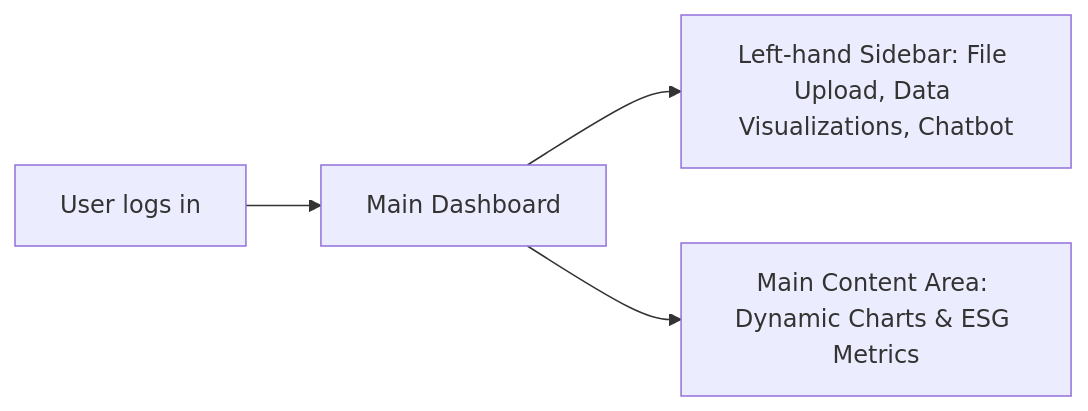
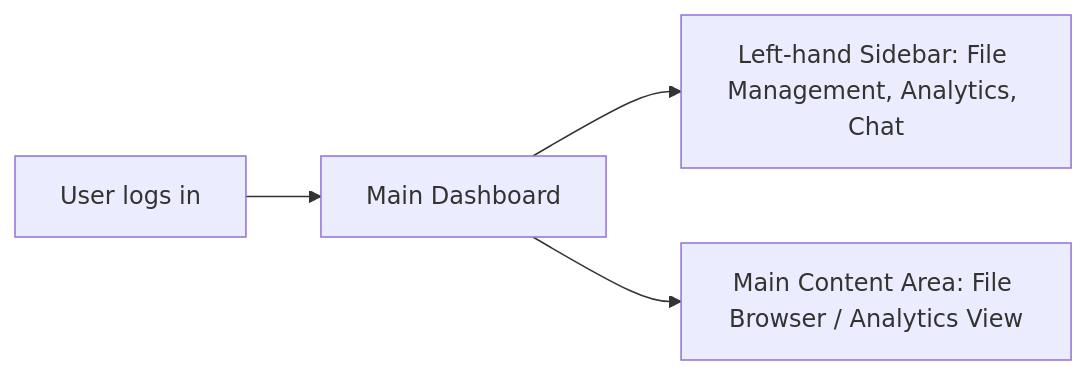
Before and after one commit to VenkateshShivandi/ESG_Reporting: the fourth of 9 diagrams in documentation/app_flow_document.md, drawn with Mermaid. The commit also changed other lines of this file and 26 other files, not shown here.

````diff
--- a/documentation/app_flow_document.md
+++ b/documentation/app_flow_document.md
@@ -91,7 +137,6 @@
 ```mermaid
 flowchart LR
   A[User logs in] --> B[Main Dashboard]
-  B --> C[Left-hand Sidebar: File Upload, Data Visualizations, Chatbot]
-  B --> D[Main Content Area: Dynamic Charts & ESG Metrics]
-
+  B --> C[Left-hand Sidebar: File Management, Analytics, Chat]
+  B --> D[Main Content Area: File Browser / Analytics View]
 ```
````
